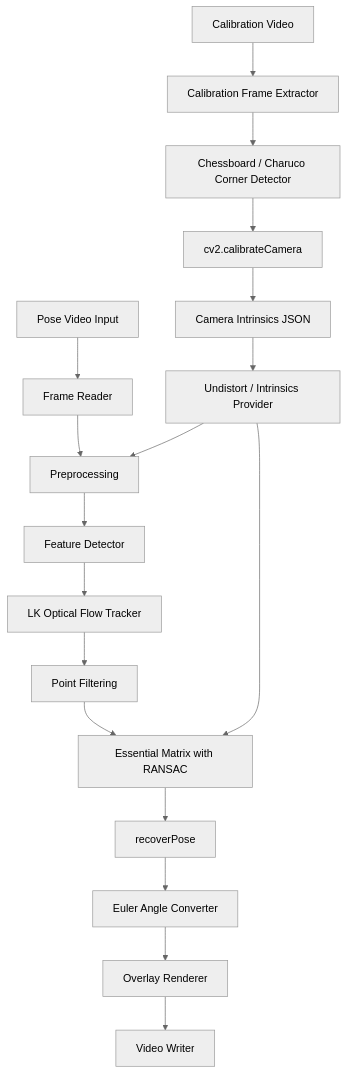
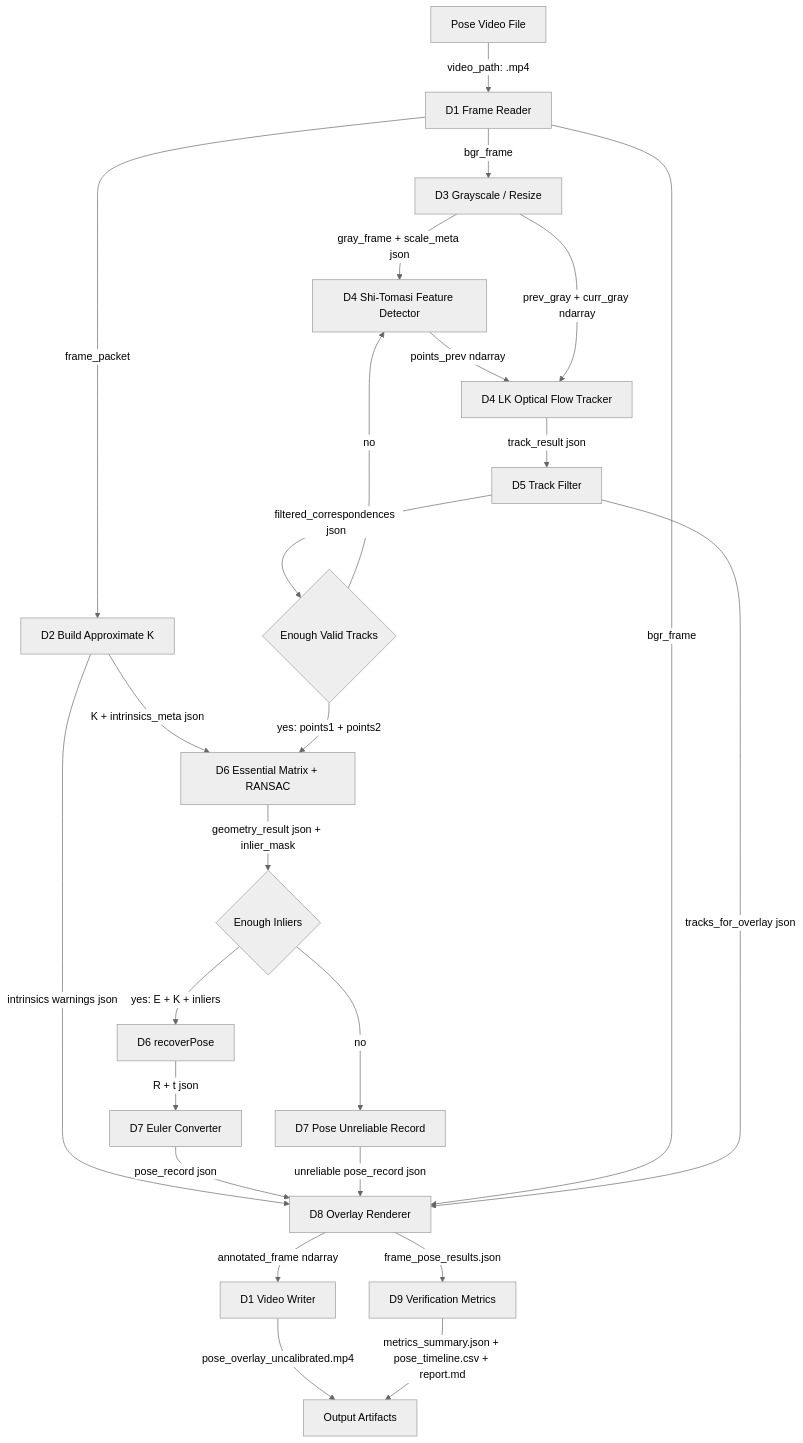
Before and after one commit to Rt209/camera-angle: the second of 2 diagrams in breakdown/02_Optical_Flow_Pose/03_Design/README.md, drawn with Mermaid (neutral theme). The commit also changed other lines of this file and 6 other files, not shown here.

````diff
--- a/breakdown/02_Optical_Flow_Pose/03_Design/README.md
+++ b/breakdown/02_Optical_Flow_Pose/03_Design/README.md
@@ -21,20 +108,27 @@
 ```mermaid
 flowchart TD
-    A[Calibration Video] --> B[Calibration Frame Extractor]
-    B --> C[Chessboard / Charuco Corner Detector]
-    C --> D[cv2.calibrateCamera]
-    D --> E[Camera Intrinsics JSON]
-    F[Pose Video Input] --> G[Frame Reader]
-    E --> H[Undistort / Intrinsics Provider]
-    G --> I[Preprocessing]
-    H --> I
-    I --> J[Feature Detector]
-    J --> K[LK Optical Flow Tracker]
-    K --> L[Point Filtering]
-    L --> M[Essential Matrix with RANSAC]
-    H --> M
-    M --> N[recoverPose]
-    N --> O[Euler Angle Converter]
-    O --> P[Overlay Renderer]
-    P --> Q[Video Writer]
+    A[Pose Video File] -->|video_path: .mp4| B[D1 Frame Reader]
+    B -->|frame_packet| C[D2 Build Approximate K]
+    B -->|bgr_frame| D[D3 Grayscale / Resize]
+    C -->|K + intrinsics_meta json| I[D6 Essential Matrix + RANSAC]
+    C -->|intrinsics warnings json| N[D8 Overlay Renderer]
+    D -->|gray_frame + scale_meta json| E[D4 Shi-Tomasi Feature Detector]
+    E -->|points_prev ndarray| F[D4 LK Optical Flow Tracker]
+    D -->|prev_gray + curr_gray ndarray| F
+    F -->|track_result json| G[D5 Track Filter]
+    G -->|filtered_correspondences json| H{Enough Valid Tracks}
+    H -->|no| E
+    H -->|yes: points1 + points2| I
+    I -->|geometry_result json + inlier_mask| J{Enough Inliers}
+    J -->|no| K[D7 Pose Unreliable Record]
+    J -->|yes: E + K + inliers| L[D6 recoverPose]
+    L -->|R + t json| M[D7 Euler Converter]
+    M -->|pose_record json| N
+    K -->|unreliable pose_record json| N
+    B -->|bgr_frame| N
+    G -->|tracks_for_overlay json| N
+    N -->|annotated_frame ndarray| O[D1 Video Writer]
+    N -->|frame_pose_results.json| P[D9 Verification Metrics]
+    O -->|pose_overlay_uncalibrated.mp4| Q[Output Artifacts]
+    P -->|metrics_summary.json + pose_timeline.csv + report.md| Q
 ```
````
